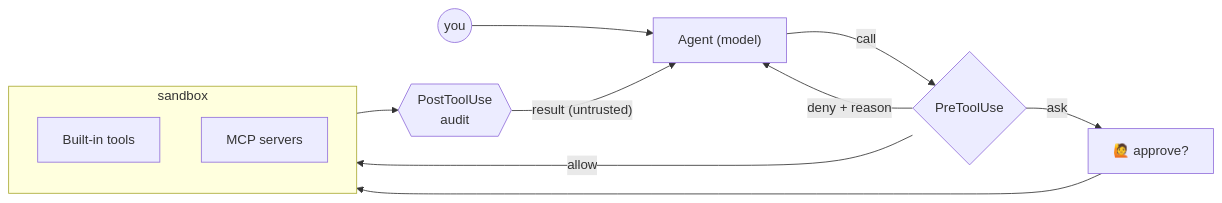
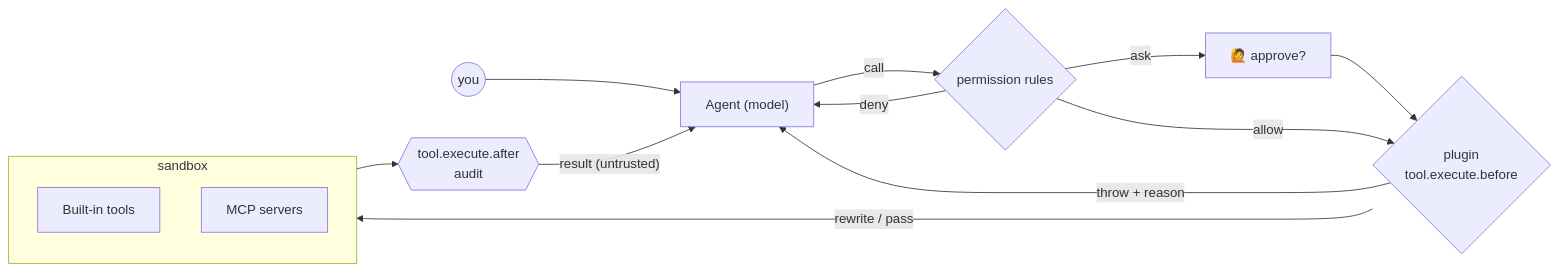
One commit to MechTee/guardrails-mcp-tools-workshop changed the sixth of 6 diagrams in slides.md. Above: the diagram before and after it, drawn with Mermaid. The commit also changed other lines of this file and 5 other files, not shown here.

````diff
--- a/slides.md
+++ b/slides.md
@@ -404,15 +403,17 @@
 ```mermaid {scale: 0.5}
 flowchart LR
   Y((you)) --> A["Agent (model)"]
-  A -->|call| G{"PreToolUse"}
-  G -->|"deny + reason"| A
-  G -->|ask| P["🙋 approve?"]
-  P --> SB
-  G -->|allow| SB
+  A -->|call| R{"permission rules"}
+  R -->|deny| A
+  R -->|ask| P["🙋 approve?"]
+  P --> G{"plugin<br>tool.execute.before"}
+  R -->|allow| G
+  G -->|"throw + reason"| A
+  G -->|"rewrite / pass"| SB
   subgraph SB["sandbox"]
     B["Built-in tools"]
     M2["MCP servers"]
   end
-  SB --> O{{"PostToolUse<br>audit"}}
+  SB --> O{{"tool.execute.after<br>audit"}}
   O -->|"result (untrusted)"| A
 ```
````
